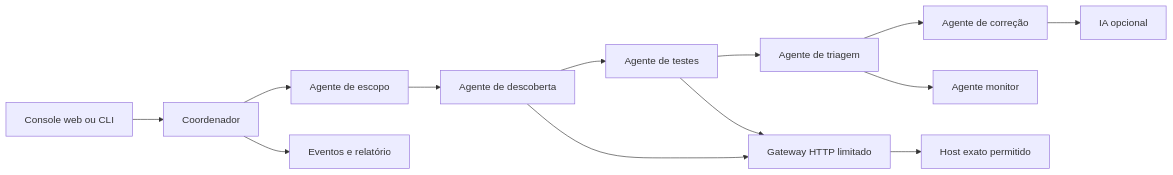
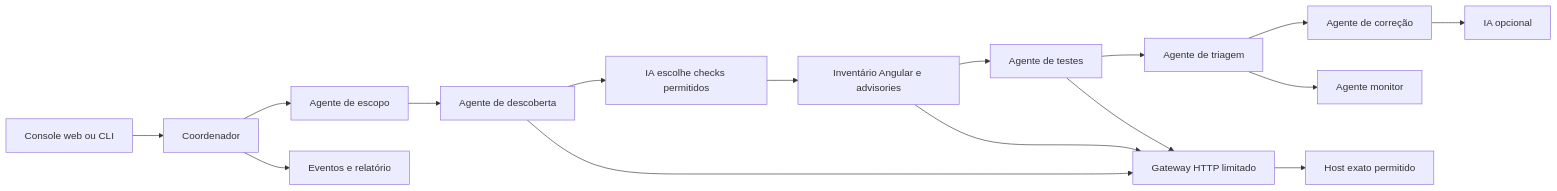
One commit to rogerin/scan-blueteam changed the diagram in README.md. Above: the diagram before and after it, drawn with Mermaid. The commit also changed other lines of this file and 27 other files, not shown here.

````diff
--- a/README.md
+++ b/README.md
@@ -34,14 +38,16 @@
 ```mermaid
 flowchart LR
     UI[Console web ou CLI] --> C[Coordenador]
     C --> S[Agente de escopo]
     S --> D[Agente de descoberta]
-    D --> T[Agente de testes]
+    D --> P[IA escolhe checks permitidos]
+    P --> I[Inventário Angular e advisories]
+    I --> T[Agente de testes]
     T --> R[Agente de triagem]
     R --> F[Agente de correção]
     F --> A[IA opcional]
     R --> M[Agente monitor]
-    D & T --> G[Gateway HTTP limitado]
+    D & I & T --> G[Gateway HTTP limitado]
     G --> AL[Host exato permitido]
     C --> E[Eventos e relatório]
 ```
````
